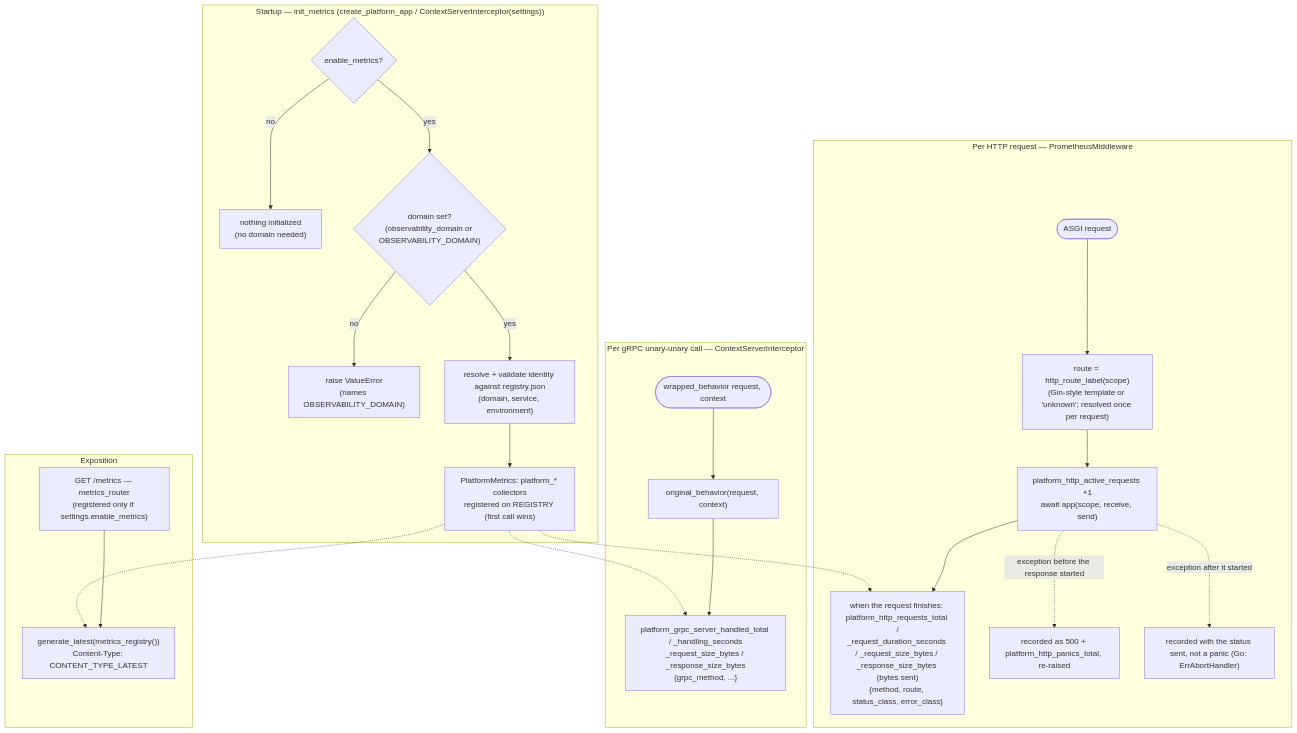
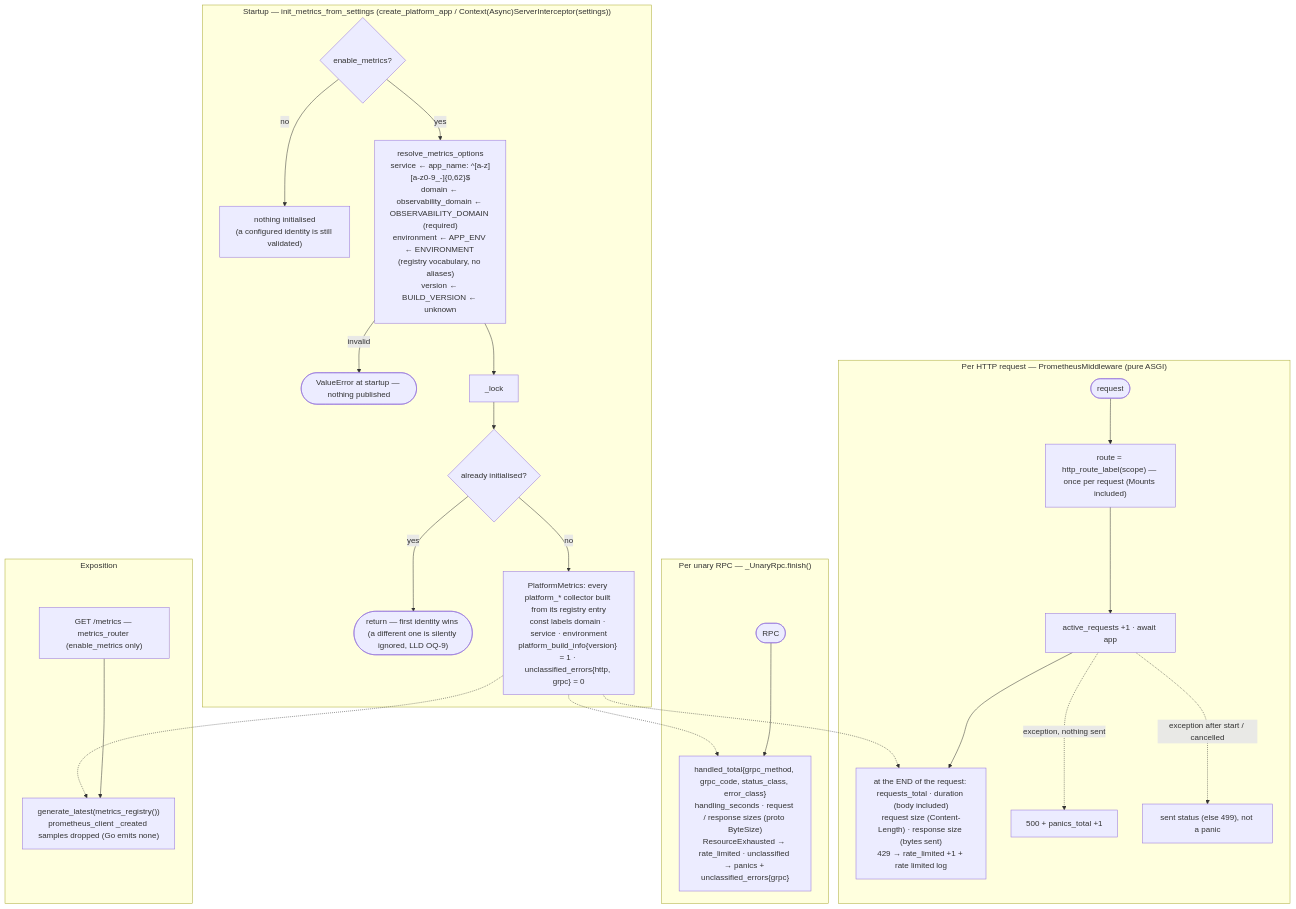
The diagram in docs/architecture/mermaid/metrics-flow.mmd (BCBP-SOLUTIONS-FZC-LLC/platform-fastapicommon), drawn with Mermaid before and after one commit. The commit also changed 29 other files, not shown here.

First line of the commit message:
docs: align README, ARCHITECTURE and policy docs with gincommon; add .claude

```diff
--- a/docs/architecture/mermaid/metrics-flow.mmd
+++ b/docs/architecture/mermaid/metrics-flow.mmd
@@ -1,30 +1,30 @@
 flowchart TD
-    subgraph init["Startup — init_metrics (create_platform_app / ContextServerInterceptor(settings))"]
-        A0{"enable_metrics?"} -->|no| A1["nothing initialized\n(no domain needed)"]
-        A0 -->|yes| A2{"domain set?\n(observability_domain or OBSERVABILITY_DOMAIN)"}
-        A2 -->|no| AX["raise ValueError\n(names OBSERVABILITY_DOMAIN)"]
-        A2 -->|yes| A3["resolve + validate identity against registry.json\n(domain, service, environment)"]
-        A3 --> A["PlatformMetrics: platform_* collectors\nregistered on REGISTRY (first call wins)"]
+    subgraph init["Startup — init_metrics_from_settings (create_platform_app / Context(Async)ServerInterceptor(settings))"]
+        A0{"enable_metrics?"} -->|no| A1["nothing initialised<br/>(a configured identity is still validated)"]
+        A0 -->|yes| A2["resolve_metrics_options<br/>service ← app_name: ^[a-z][a-z0-9_-]{0,62}$<br/>domain ← observability_domain ← OBSERVABILITY_DOMAIN (required)<br/>environment ← APP_ENV ← ENVIRONMENT (registry vocabulary, no aliases)<br/>version ← BUILD_VERSION ← unknown"]
+        A2 -- invalid --> AX(["ValueError at startup — nothing published"])
+        A2 --> L["_lock"]
+        L --> I{"already initialised?"}
+        I -- yes --> W(["return — first identity wins (a different one is silently ignored, LLD OQ-9)"])
+        I -- no --> PM["PlatformMetrics: every platform_* collector built from its registry entry<br/>const labels domain · service · environment<br/>platform_build_info{version} = 1 · unclassified_errors{http, grpc} = 0"]
     end
 
-    subgraph http["Per HTTP request — PrometheusMiddleware"]
-        B([ASGI request]) --> C["route = http_route_label(scope)\n(Gin-style template or 'unknown'; resolved once per request)"]
-        C --> D["platform_http_active_requests +1\nawait app(scope, receive, send)"]
-        D --> F["when the request finishes: platform_http_requests_total /\n_request_duration_seconds / _request_size_bytes / _response_size_bytes (bytes sent)\n{method, route, status_class, error_class}"]
-        D -.->|exception before the response started| P["recorded as 500 + platform_http_panics_total, re-raised"]
-        D -.->|exception after it started| Q["recorded with the status sent, not a panic (Go: ErrAbortHandler)"]
+    subgraph http["Per HTTP request — PrometheusMiddleware (pure ASGI)"]
+        B(["request"]) --> C["route = http_route_label(scope) — once per request (Mounts included)"]
+        C --> D["active_requests +1 · await app"]
+        D --> F["at the END of the request: requests_total · duration (body included)<br/>request size (Content-Length) · response size (bytes sent)<br/>429 → rate_limited +1 + rate limited log"]
+        D -.->|"exception, nothing sent"| P["500 + panics_total +1"]
+        D -.->|"exception after start / cancelled"| Q["sent status (else 499), not a panic"]
     end
 
-    subgraph grpcflow["Per gRPC unary-unary call — ContextServerInterceptor"]
-        H([wrapped_behavior request, context]) --> I["original_behavior(request, context)"]
-        I --> K["platform_grpc_server_handled_total / _handling_seconds\n_request_size_bytes / _response_size_bytes\n{grpc_method, ...}"]
+    subgraph grpcflow["Per unary RPC — _UnaryRpc.finish()"]
+        G(["RPC"]) --> K["handled_total{grpc_method, grpc_code, status_class, error_class}<br/>handling_seconds · request / response sizes (proto ByteSize)<br/>ResourceExhausted → rate_limited · unclassified → panics + unclassified_errors{grpc}"]
     end
 
     subgraph expose["Exposition"]
-        M["GET /metrics — metrics_router\n(registered only if settings.enable_metrics)"]
-        M --> N["generate_latest(metrics_registry())\nContent-Type: CONTENT_TYPE_LATEST"]
+        M["GET /metrics — metrics_router (enable_metrics only)"] --> N["generate_latest(metrics_registry())<br/>prometheus_client <family>_created samples dropped (Go emits none)"]
     end
 
-    A -.-> F
-    A -.-> K
-    A -.-> N
+    PM -.-> F
+    PM -.-> K
+    PM -.-> N
```
